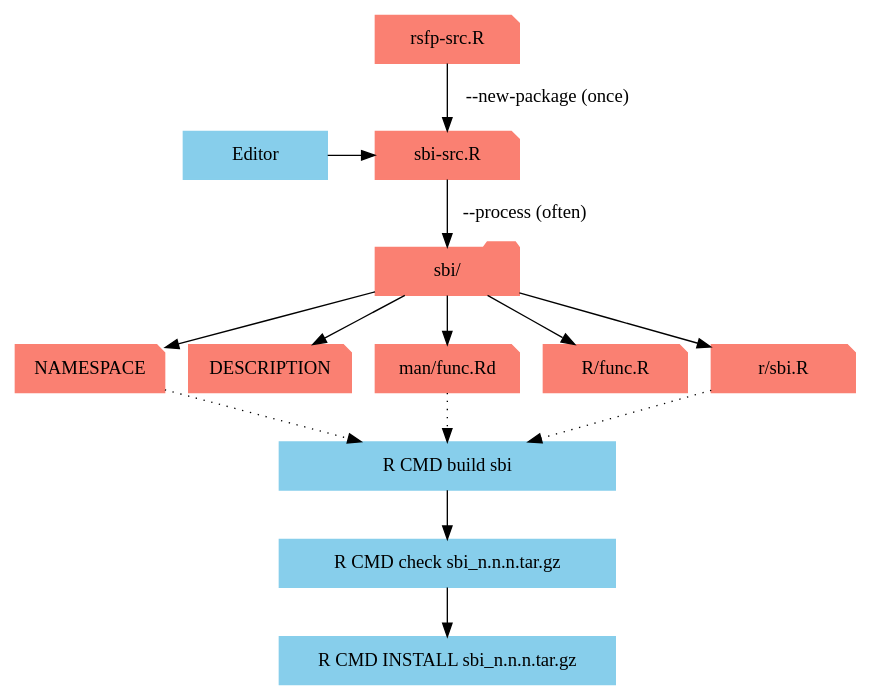
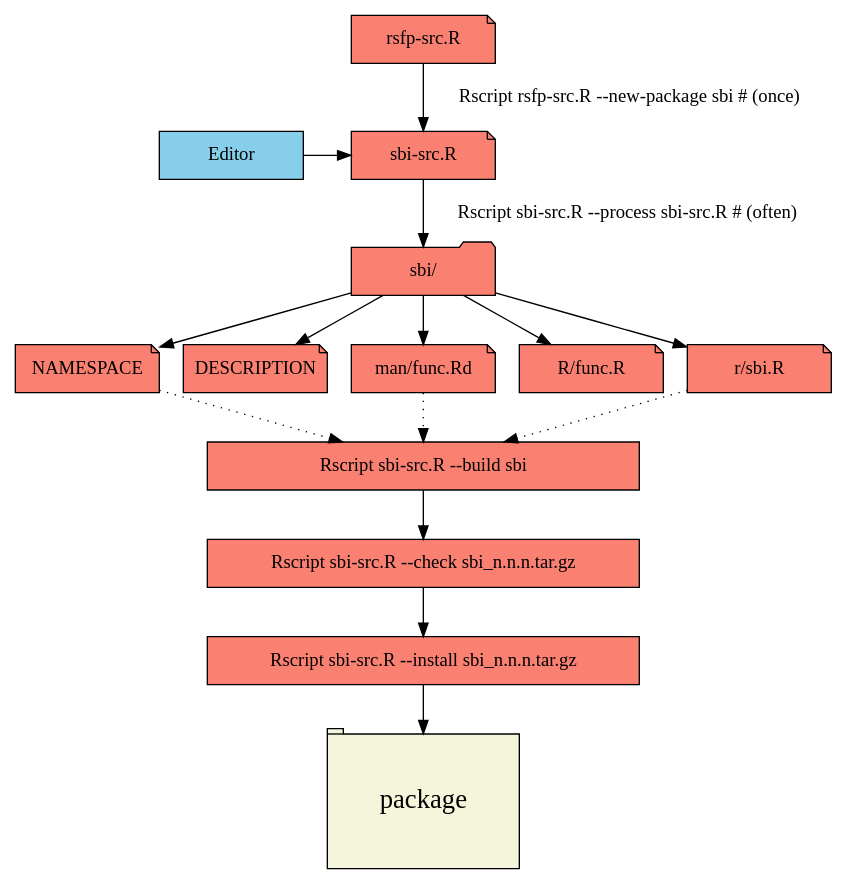
The diagram in process.dot (mittelmark/rsfp), drawn with Graphviz before and after one commit.

Commit message:
improving process.dot

```diff
--- a/process.dot
+++ b/process.dot
@@ -1,27 +1,30 @@
 digraph R {
-    node[shape=note,style=filled,color=salmon,width=1.5]
-    rspf -> sbi[label="--new-package (once)"]
-    sbi -> sbidir[label="--process (often)"]
+    node[fontname="Comic Sans MS",shape=note,style=filled,fillcolor=salmon,width=1.5]
+    edge[fontname="Comic Sans MS"]
+    rspf -> sbi[label="               Rscript rsfp-src.R --new-package sbi # (once)"]
+    sbi -> sbidir[label="               Rscript sbi-src.R --process sbi-src.R # (often)"]
     sbidir -> NAMESPACE
     sbidir -> DESCRIPTION
     sbidir -> manRd
     sbidir -> RR
     sbidir -> RPkg
     rspf[label="rsfp-src.R"]
     sbi[label="sbi-src.R",shape="note"]
     sbidir[label="sbi/",shape="folder"]
     manRd[label="man/func.Rd"]
     RR[label="R/func.R"]
     RPkg[label="r/sbi.R"]
     manRd -> build[style=dotted]
     NAMESPACE -> build[style=dotted]
     RPkg -> build[style=dotted]
     build -> check
     check -> install
     editor -> sbi
     { rank=same; editor ; sbi }
-    editor[label="Editor",color=skyblue,shape=box]
-    build[label="R CMD build sbi",width=3.5,color=skyblue,shape=box]
-    check[label="R CMD check sbi_n.n.n.tar.gz",width=3.5,color=skyblue,shape=box]
-    install[label="R CMD INSTALL sbi_n.n.n.tar.gz",width=3.5,color=skyblue,shape=box]
+    editor[label="Editor",fillcolor=skyblue,color=black,shape=box]
+    build[label="Rscript sbi-src.R --build sbi",width=4.5,color=skyblue,shape=box,color=black]
+    check[label="Rscript sbi-src.R --check sbi_n.n.n.tar.gz",width=4.5,color=skyblue,shape=box,color=black]
+    install[label="Rscript sbi-src.R --install sbi_n.n.n.tar.gz",width=4.5,color=skyblue,shape=box,color=black]
+    install -> package
+    package[shape=tab,color=black,fillcolor=beige,width=2,height=1.4,fontsize=20]
 }
```
